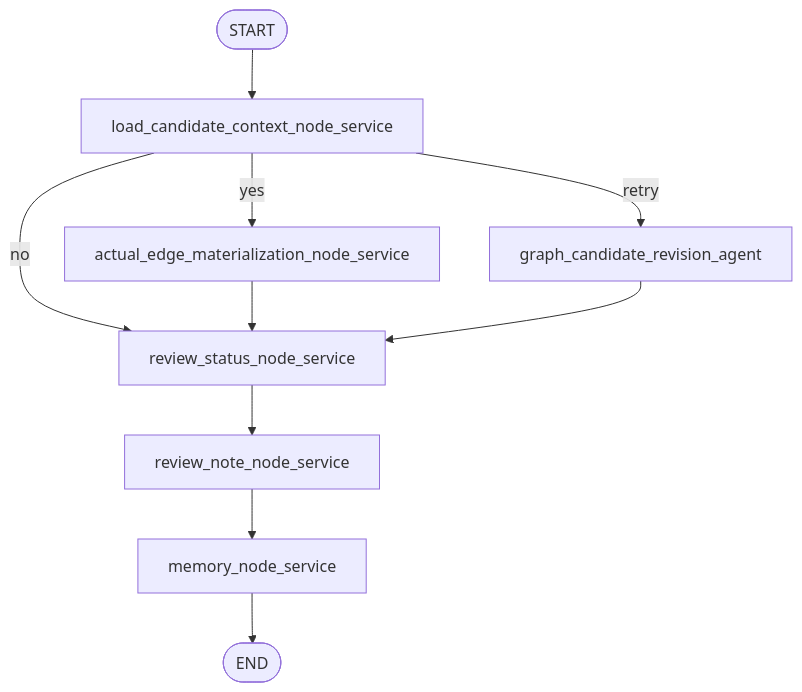
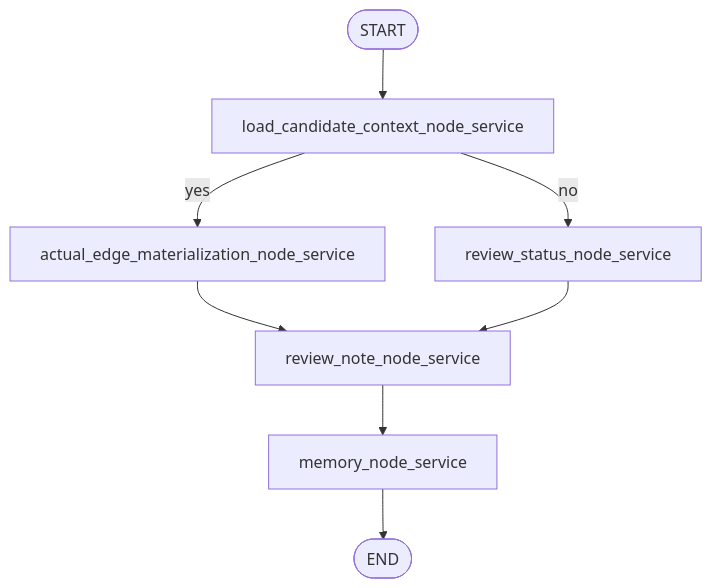
The second of 2 diagrams in rag/be/src/pipeline/README.md (vosnuev/elderly-legal-rag), drawn with Mermaid before and after one commit. The commit also changed other lines of this file and 76 other files, not shown here.

````diff
--- a/rag/be/src/pipeline/README.md
+++ b/rag/be/src/pipeline/README.md
@@ -195,21 +201,18 @@
 ```mermaid
 flowchart TD
     start([START])
     load[load_candidate_context_node_service]
     materialize[actual_edge_materialization_node_service]
-    revise[graph_candidate_revision_agent]
     status[review_status_node_service]
     note[review_note_node_service]
     memory[memory_node_service]
     finish([END])
 
     start --> load
     load -- yes --> materialize
     load -- no --> status
-    load -- retry --> revise
-    materialize --> status
-    revise --> status
+    materialize --> note
     status --> note
     note --> memory
     memory --> finish
 ```
````
